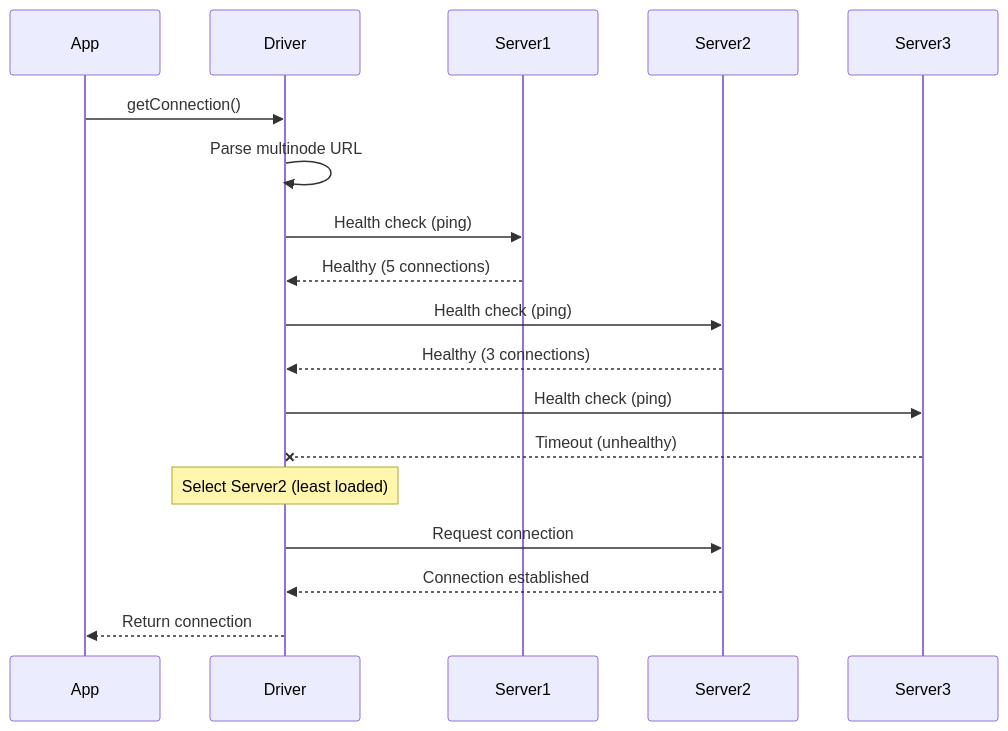
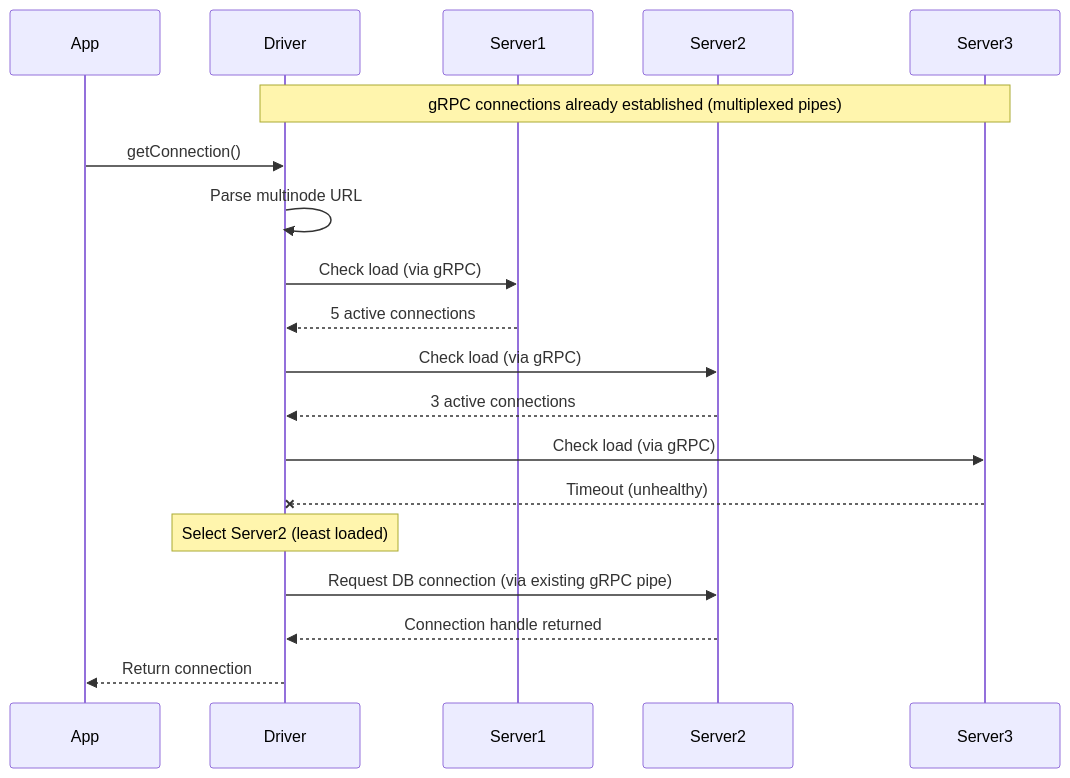
The second of 8 diagrams in documents/ebook/part3-chapter9-multinode-deployment.md (youzh00/yzahi-ojp), drawn with Mermaid before and after one commit. The commit also changed other lines of this file, not shown here.

Commit message:
Fix Chapter 9: gRPC connection model, session stickiness, pool coordination, and monitoring

````diff
--- a/documents/ebook/part3-chapter9-multinode-deployment.md
+++ b/documents/ebook/part3-chapter9-multinode-deployment.md
@@ -99,23 +99,25 @@
 ```mermaid
 sequenceDiagram
     participant App
     participant Driver
     participant Server1
     participant Server2
     participant Server3
     
+    Note over Driver,Server3: gRPC connections already established (multiplexed pipes)
+    
     App->>Driver: getConnection()
     Driver->>Driver: Parse multinode URL
-    Driver->>Server1: Health check (ping)
-    Server1-->>Driver: Healthy (5 connections)
-    Driver->>Server2: Health check (ping)
-    Server2-->>Driver: Healthy (3 connections)
-    Driver->>Server3: Health check (ping)
+    Driver->>Server1: Check load (via gRPC)
+    Server1-->>Driver: 5 active connections
+    Driver->>Server2: Check load (via gRPC)
+    Server2-->>Driver: 3 active connections
+    Driver->>Server3: Check load (via gRPC)
     Server3--xDriver: Timeout (unhealthy)
     
     Note over Driver: Select Server2 (least loaded)
     
-    Driver->>Server2: Request connection
-    Server2-->>Driver: Connection established
+    Driver->>Server2: Request DB connection (via existing gRPC pipe)
+    Server2-->>Driver: Connection handle returned
     Driver-->>App: Return connection
 ```
````
